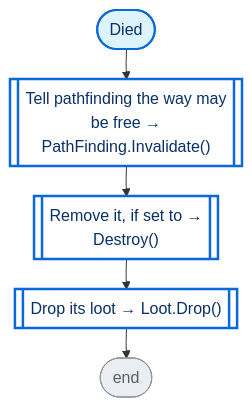
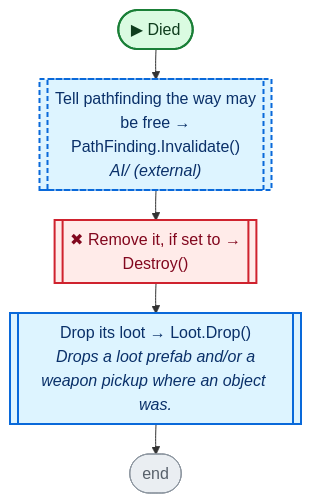
One commit to nataiai/Lord-of-the-Dungeon changed the second of 3 diagrams in CodeGraph~/graph/DestructableObj.cs.md. Above: the diagram before and after it, drawn with Mermaid. The commit also changed other lines of this file and 44 other files, not shown here.

````diff
--- a/CodeGraph~/graph/DestructableObj.cs.md
+++ b/CodeGraph~/graph/DestructableObj.cs.md
@@ -50,32 +50,38 @@
 ```mermaid
 ---
 config:
   flowchart:
     wrappingWidth: 260
     nodeSpacing: 26
     rankSpacing: 30
 ---
 flowchart TD
-  nS(["Died"])
-  nd2f86b[["Tell pathfinding the way may<br>be free →<br>PathFinding.Invalidate()"]]
-  na87e77[["Remove it, if set to →<br>Destroy()"]]
-  nea5049[["Drop its loot → Loot.Drop()"]]
+  nS(["▶ Died"])
+  nd2f86b[["Tell pathfinding the way may<br>be free →<br>PathFinding.Invalidate()<br><i>AI/ (external)</i>"]]
+  na87e77[["✖ Remove it, if set to →<br>Destroy()"]]
+  nea5049[["Drop its loot → Loot.Drop()<br><i>Drops a loot prefab and/or a</i><br><i>weapon pickup where an object was.</i>"]]
   nE(["end"])
   nS --> nd2f86b
   nd2f86b --> na87e77
   na87e77 --> nea5049
   nea5049 --> nE
-  classDef unity fill:#fff1c2,stroke:#9a6700,stroke-width:2px,color:#3b2300
-  classDef start fill:#ddf4ff,stroke:#0969da,stroke-width:2px,color:#0a3069
-  classDef calc fill:#f6f8fa,stroke:#d0d7de,color:#57606a
-  classDef calls fill:#ffffff,stroke:#0969da,stroke-width:2.5px,color:#0a3069
-  classDef cond fill:#ffffff,stroke:#6e7781,stroke-width:1.5px,color:#1f2328
-  classDef loop fill:#fbefff,stroke:#8250df,color:#3e1f79
-  classDef exit fill:#eaeef2,stroke:#57606a,color:#24292f
-  classDef wait fill:#fff8f0,stroke:#bc4c00,color:#4d1d00
+  classDef unity fill:#dafbe1,stroke:#1a7f37,stroke-width:2px,color:#0f3d1d
+  classDef start fill:#dafbe1,stroke:#1a7f37,stroke-width:2px,color:#0f3d1d
+  classDef calc fill:#ffffff,stroke:#d0d7de,color:#57606a
+  classDef calls fill:#ddf4ff,stroke:#0969da,stroke-width:2px,color:#0a3069
+  classDef ext fill:#ddf4ff,stroke:#0969da,stroke-width:2px,stroke-dasharray:5 3,color:#0a3069
+  classDef cond fill:#fff8c5,stroke:#bf8700,stroke-width:1.5px,color:#3d2a00
+  classDef loop fill:#f6f8fa,stroke:#57606a,color:#1f2328
+  classDef exit fill:#ffebe9,stroke:#cf222e,color:#82071e
+  classDef kill fill:#ffebe9,stroke:#cf222e,stroke-width:2px,color:#82071e
+  classDef spawn fill:#dafbe1,stroke:#1a7f37,stroke-width:2px,color:#0f3d1d
+  classDef wait fill:#fff1e5,stroke:#bc4c00,color:#4d1d00
   classDef fin fill:#eaeef2,stroke:#8c959f,color:#57606a
   classDef join fill:#d0d7de,stroke:#8c959f,color:#57606a
-  class nd2f86b,na87e77,nea5049 calls
+  classDef ghdr fill:#f5f9ff,stroke:#f5f9ff,color:#0a3069,font-weight:bold
+  class nea5049 calls
+  class nd2f86b ext
   class nE fin
+  class na87e77 kill
   class nS start
 ```
````
